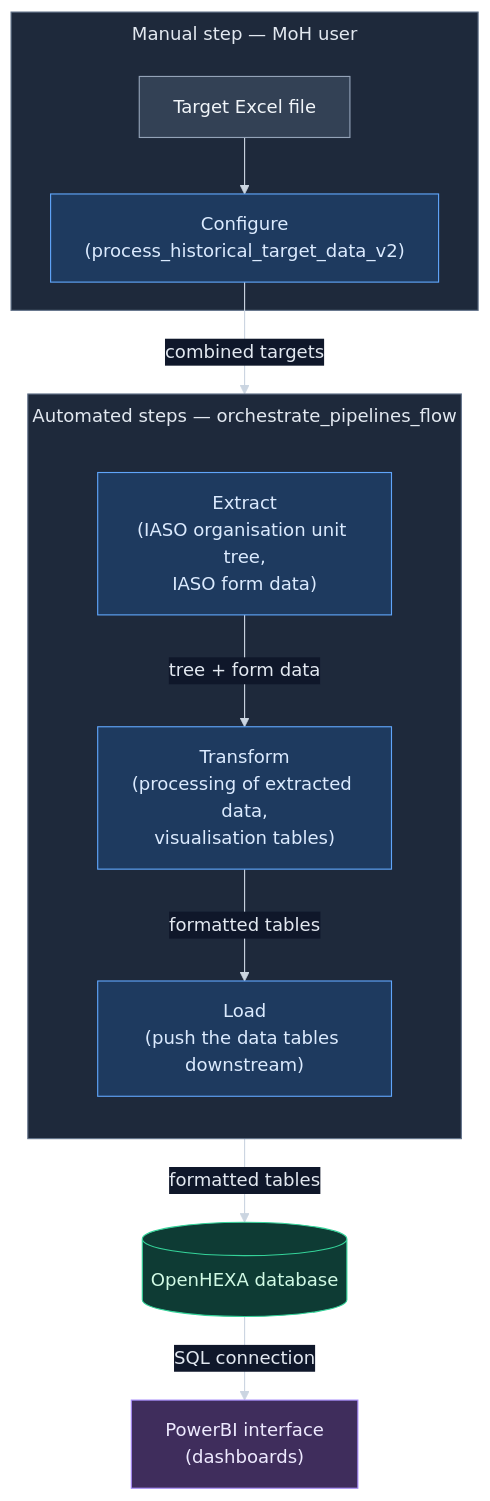
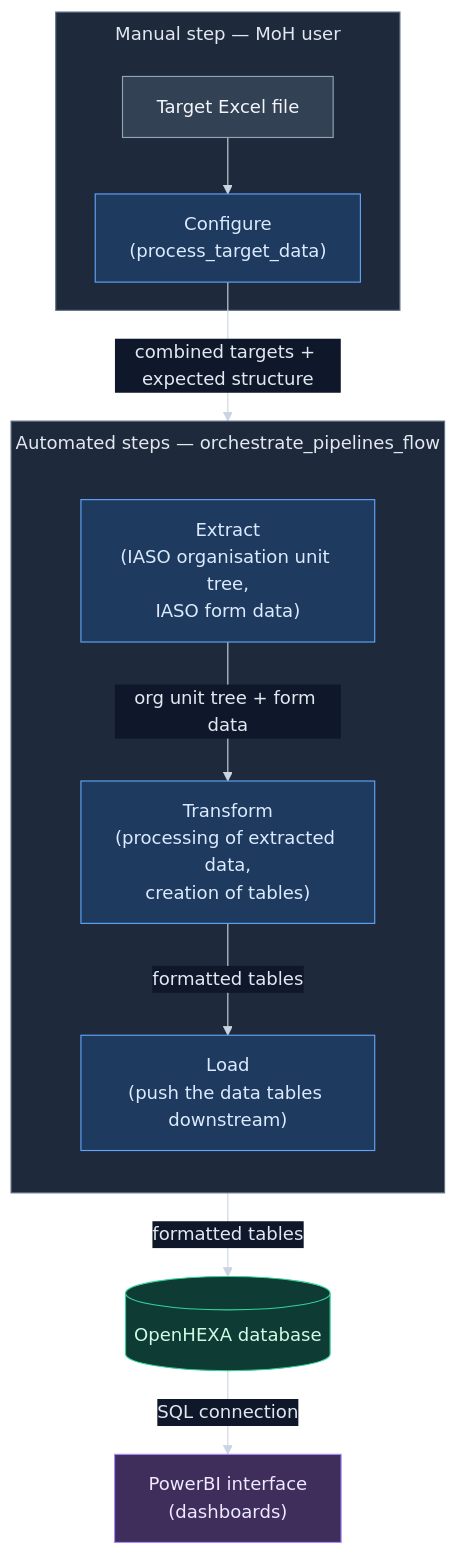
The diagram in docs/ARCHITECTURE.md (BLSQ/openhexa-pipelines-risp-niger-multicampaign), drawn with Mermaid before and after one commit. The commit also changed other lines of this file and 73 other files, not shown here.

````diff
--- a/docs/ARCHITECTURE.md
+++ b/docs/ARCHITECTURE.md
@@ -111,46 +114,46 @@
 ```mermaid
 %%{init: {
   "theme": "base",
   "themeVariables": {
     "background": "#0f172a",
     "primaryColor": "#1e293b",
     "primaryTextColor": "#e2e8f0",
     "primaryBorderColor": "#94a3b8",
     "lineColor": "#cbd5e1",
     "textColor": "#e2e8f0",
     "clusterBkg": "#1e293b",
     "clusterBorder": "#64748b",
     "edgeLabelBackground": "#0f172a",
     "tertiaryTextColor": "#e2e8f0",
     "fontSize": "16px"
   },
   "flowchart": {"subGraphTitleMargin": {"top": 8, "bottom": 24}}
 }}%%
 flowchart TD
     subgraph MANUAL["Manual step — MoH user"]
         EXCEL["Target Excel file"]
-        CONFIGURE["Configure<br/>(process_historical_target_data_v2)"]
+        CONFIGURE["Configure<br/>(process_target_data)"]
         EXCEL --> CONFIGURE
     end
 
     subgraph AUTO["Automated steps — orchestrate_pipelines_flow"]
         direction TB
         EXTRACT["Extract<br/>(IASO organisation unit tree,<br/>IASO form data)"]
-        TRANSFORM["Transform<br/>(processing of extracted data,<br/>visualisation tables)"]
+        TRANSFORM["Transform<br/>(processing of extracted data,<br/>creation of tables)"]
         LOAD["Load<br/>(push the data tables downstream)"]
-        EXTRACT -->|"tree + form data"| TRANSFORM
+        EXTRACT -->|"org unit tree + form data"| TRANSFORM
         TRANSFORM -->|"formatted tables"| LOAD
     end
 
-    CONFIGURE -->|"combined targets"| TRANSFORM
+    CONFIGURE -->|"combined targets + expected structure"| TRANSFORM
     LOAD -->|"formatted tables"| DB[("OpenHEXA database")]
     DB -->|"SQL connection"| DASHBOARD["PowerBI interface<br/>(dashboards)"]
 
     style EXCEL fill:#334155,stroke:#94a3b8,color:#f1f5f9
     style CONFIGURE fill:#1e3a5f,stroke:#60a5fa,color:#dbeafe
     style EXTRACT fill:#1e3a5f,stroke:#60a5fa,color:#dbeafe
     style TRANSFORM fill:#1e3a5f,stroke:#60a5fa,color:#dbeafe
     style LOAD fill:#1e3a5f,stroke:#60a5fa,color:#dbeafe
     style DB fill:#0e3b34,stroke:#34d399,color:#d1fae5
     style DASHBOARD fill:#3f2d5c,stroke:#a78bfa,color:#ede9fe
 ```
````
